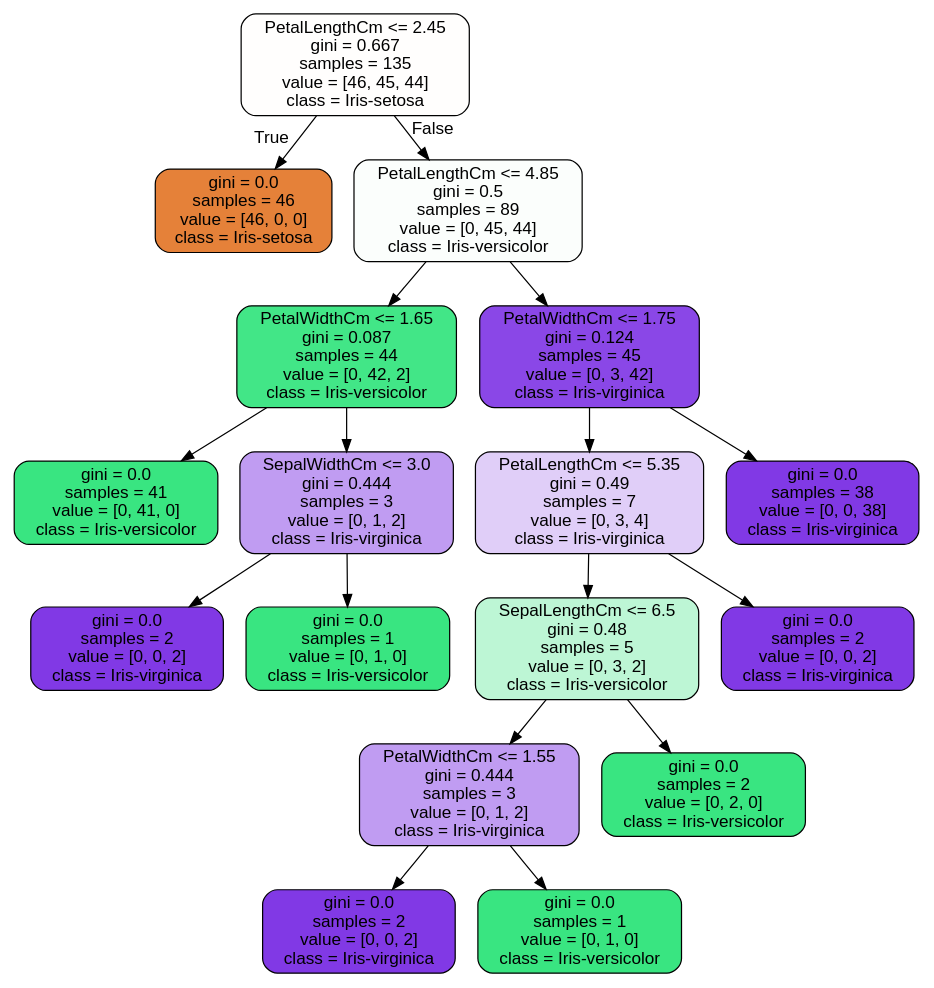
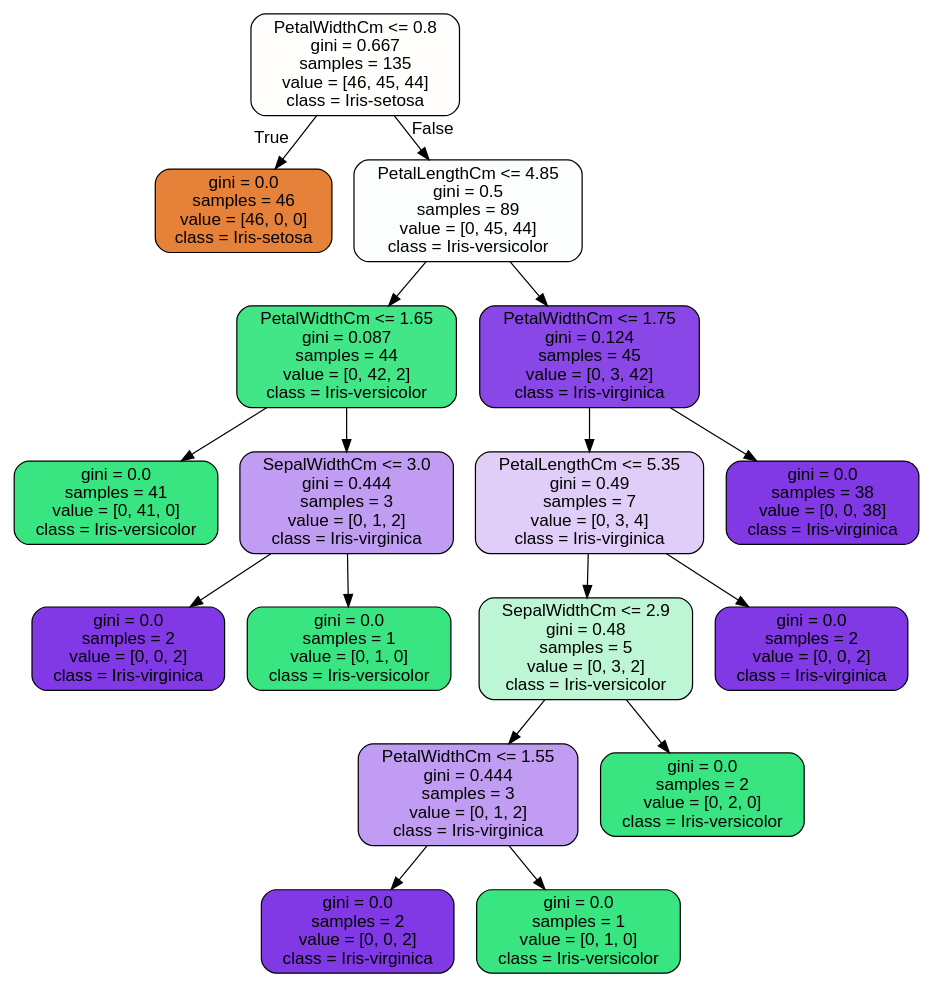
One commit to ghozzza/machine-learning-dicoding changed the diagram in src/iris_tree.dot. Above: the diagram before and after it, drawn with Graphviz. The commit also changed 8771 other files, not shown here.

```diff
--- a/src/iris_tree.dot
+++ b/src/iris_tree.dot
@@ -1,37 +1,37 @@
 digraph Tree {
 node [shape=box, style="filled, rounded", color="black", fontname="helvetica"] ;
 edge [fontname="helvetica"] ;
-0 [label="PetalLengthCm <= 2.45\ngini = 0.667\nsamples = 135\nvalue = [46, 45, 44]\nclass = Iris-setosa", fillcolor="#fffefd"] ;
+0 [label="PetalWidthCm <= 0.8\ngini = 0.667\nsamples = 135\nvalue = [46, 45, 44]\nclass = Iris-setosa", fillcolor="#fffefd"] ;
 1 [label="gini = 0.0\nsamples = 46\nvalue = [46, 0, 0]\nclass = Iris-setosa", fillcolor="#e58139"] ;
 0 -> 1 [labeldistance=2.5, labelangle=45, headlabel="True"] ;
 2 [label="PetalLengthCm <= 4.85\ngini = 0.5\nsamples = 89\nvalue = [0, 45, 44]\nclass = Iris-versicolor", fillcolor="#fbfefc"] ;
 0 -> 2 [labeldistance=2.5, labelangle=-45, headlabel="False"] ;
 3 [label="PetalWidthCm <= 1.65\ngini = 0.087\nsamples = 44\nvalue = [0, 42, 2]\nclass = Iris-versicolor", fillcolor="#42e687"] ;
 2 -> 3 ;
 4 [label="gini = 0.0\nsamples = 41\nvalue = [0, 41, 0]\nclass = Iris-versicolor", fillcolor="#39e581"] ;
 3 -> 4 ;
 5 [label="SepalWidthCm <= 3.0\ngini = 0.444\nsamples = 3\nvalue = [0, 1, 2]\nclass = Iris-virginica", fillcolor="#c09cf2"] ;
 3 -> 5 ;
 6 [label="gini = 0.0\nsamples = 2\nvalue = [0, 0, 2]\nclass = Iris-virginica", fillcolor="#8139e5"] ;
 5 -> 6 ;
 7 [label="gini = 0.0\nsamples = 1\nvalue = [0, 1, 0]\nclass = Iris-versicolor", fillcolor="#39e581"] ;
 5 -> 7 ;
 8 [label="PetalWidthCm <= 1.75\ngini = 0.124\nsamples = 45\nvalue = [0, 3, 42]\nclass = Iris-virginica", fillcolor="#8a47e7"] ;
 2 -> 8 ;
 9 [label="PetalLengthCm <= 5.35\ngini = 0.49\nsamples = 7\nvalue = [0, 3, 4]\nclass = Iris-virginica", fillcolor="#e0cef8"] ;
 8 -> 9 ;
-10 [label="SepalLengthCm <= 6.5\ngini = 0.48\nsamples = 5\nvalue = [0, 3, 2]\nclass = Iris-versicolor", fillcolor="#bdf6d5"] ;
+10 [label="SepalWidthCm <= 2.9\ngini = 0.48\nsamples = 5\nvalue = [0, 3, 2]\nclass = Iris-versicolor", fillcolor="#bdf6d5"] ;
 9 -> 10 ;
 11 [label="PetalWidthCm <= 1.55\ngini = 0.444\nsamples = 3\nvalue = [0, 1, 2]\nclass = Iris-virginica", fillcolor="#c09cf2"] ;
 10 -> 11 ;
 12 [label="gini = 0.0\nsamples = 2\nvalue = [0, 0, 2]\nclass = Iris-virginica", fillcolor="#8139e5"] ;
 11 -> 12 ;
 13 [label="gini = 0.0\nsamples = 1\nvalue = [0, 1, 0]\nclass = Iris-versicolor", fillcolor="#39e581"] ;
 11 -> 13 ;
 14 [label="gini = 0.0\nsamples = 2\nvalue = [0, 2, 0]\nclass = Iris-versicolor", fillcolor="#39e581"] ;
 10 -> 14 ;
 15 [label="gini = 0.0\nsamples = 2\nvalue = [0, 0, 2]\nclass = Iris-virginica", fillcolor="#8139e5"] ;
 9 -> 15 ;
 16 [label="gini = 0.0\nsamples = 38\nvalue = [0, 0, 38]\nclass = Iris-virginica", fillcolor="#8139e5"] ;
 8 -> 16 ;
 }
```
